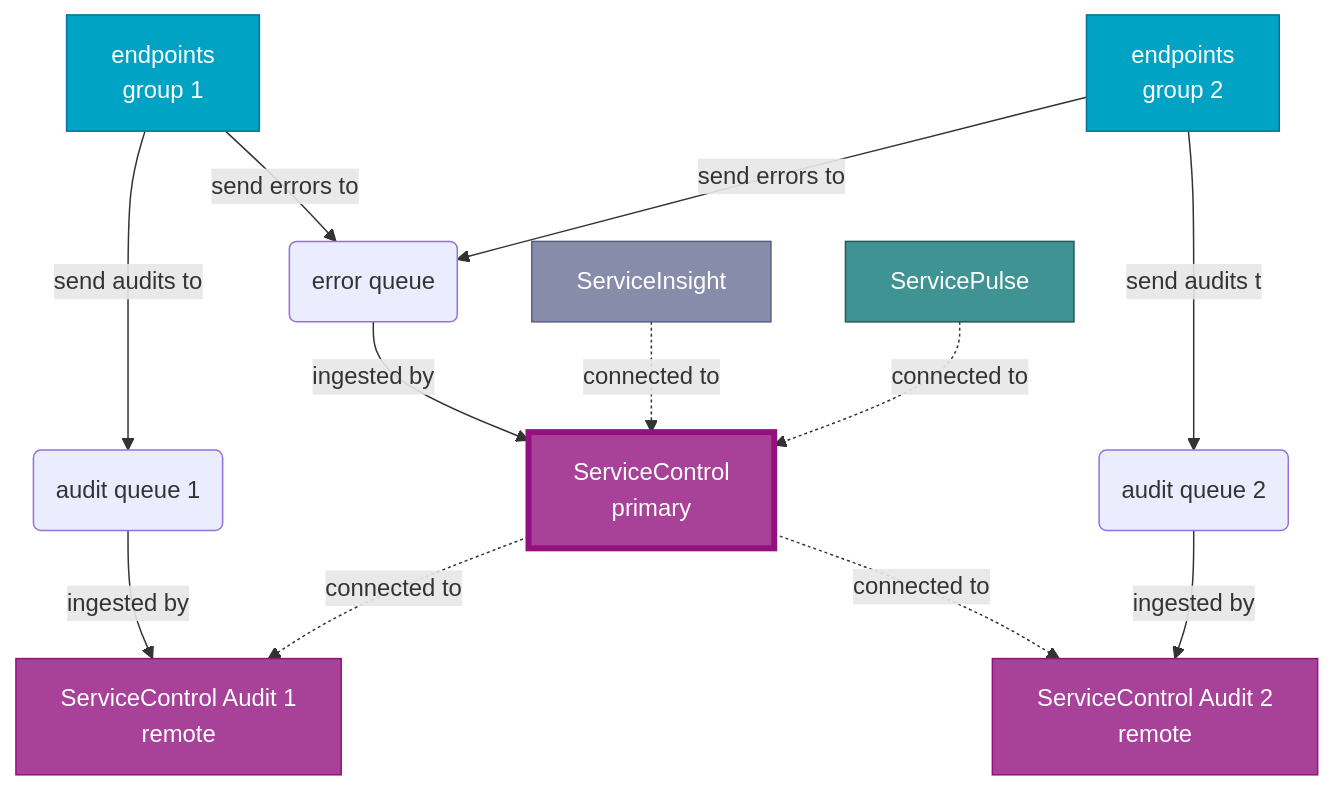
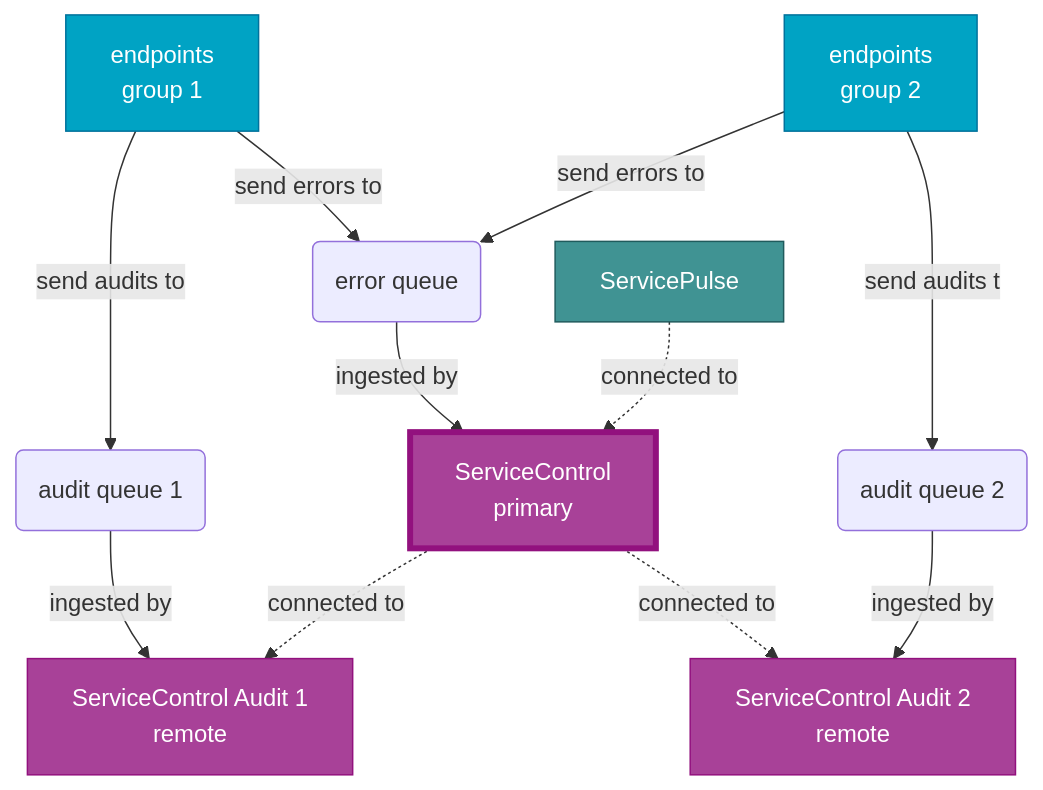
Before and after one commit to Particular/docs.particular.net: the third of 5 diagrams in servicecontrol/servicecontrol-instances/remotes.md, drawn with Mermaid. The commit also changed other lines of this file and 22 other files, not shown here.

First line of the commit message:
Remove ServiceInsight from /transports, /servicepulse and /servicecontrol docs (#7979)

````diff
--- a/servicecontrol/servicecontrol-instances/remotes.md
+++ b/servicecontrol/servicecontrol-instances/remotes.md
@@ -88,31 +82,28 @@
 ```mermaid
 graph TD
 Endpoints1[endpoints<br/>group 1] -- send audits to --> AuditQueue1(audit queue 1)
 
 Endpoints1 -- send errors to --> ErrorQueue(error queue)
 Endpoints2[endpoints<br/>group 2] -- send errors to --> ErrorQueue
 
 ErrorQueue -- ingested by --> ServiceControl[ServiceControl<br/>primary]
-ServiceInsight -. connected to .->ServiceControl
 ServicePulse -. connected to .-> ServiceControl
 
 Endpoints2 -- send audits to--> AuditQueue2(audit queue 2)
 
 AuditQueue1 -- ingested by --> ServiceControlAudit1[ServiceControl Audit 1<br/>remote]
 ServiceControl -. connected to .-> ServiceControlAudit1
 
 ServiceControl -. connected to .-> ServiceControlAudit2[ServiceControl Audit 2<br/>remote]
 AuditQueue2 -- ingested by --> ServiceControlAudit2
 
 classDef Endpoints fill:#00A3C4,stroke:#00729C,color:#FFFFFF
-classDef ServiceInsight fill:#878CAA,stroke:#585D80,color:#FFFFFF
 classDef ServicePulse fill:#409393,stroke:#205B5D,color:#FFFFFF
 classDef ServiceControlPrimary fill:#A84198,stroke:#92117E,color:#FFFFFF,stroke-width:4px
 classDef ServiceControlRemote fill:#A84198,stroke:#92117E,color:#FFFFFF
 
 class Endpoints1,Endpoints2 Endpoints
-class ServiceInsight ServiceInsight
 class ServicePulse ServicePulse
 class ServiceControl ServiceControlPrimary
 class ServiceControlAudit1,ServiceControlAudit2 ServiceControlRemote
 ```
````
